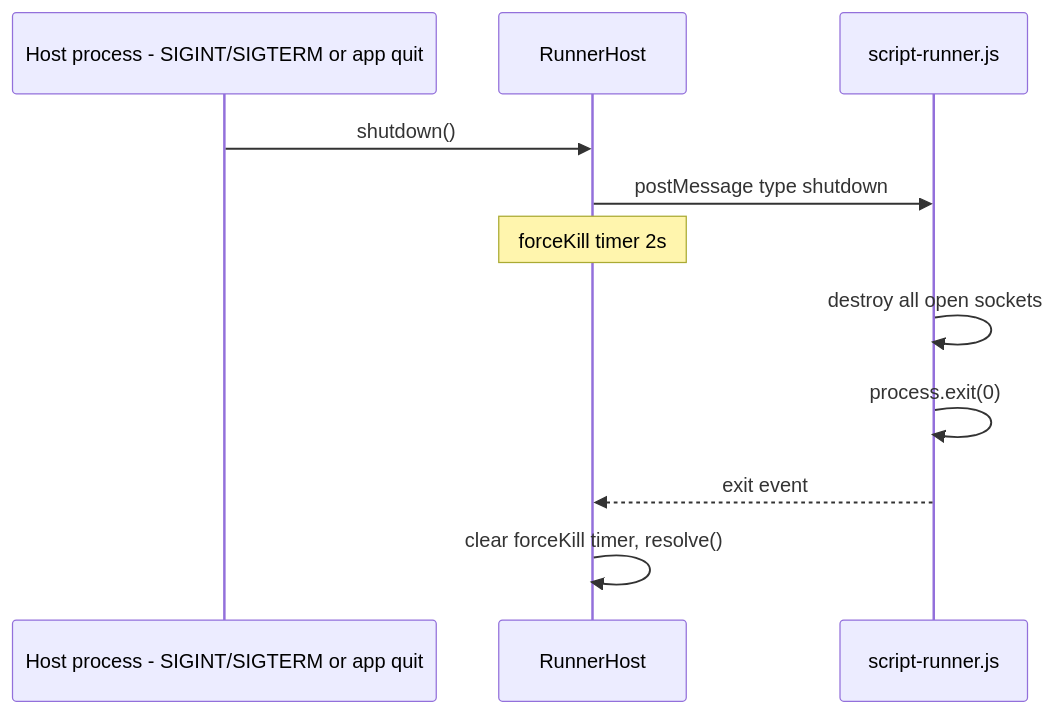
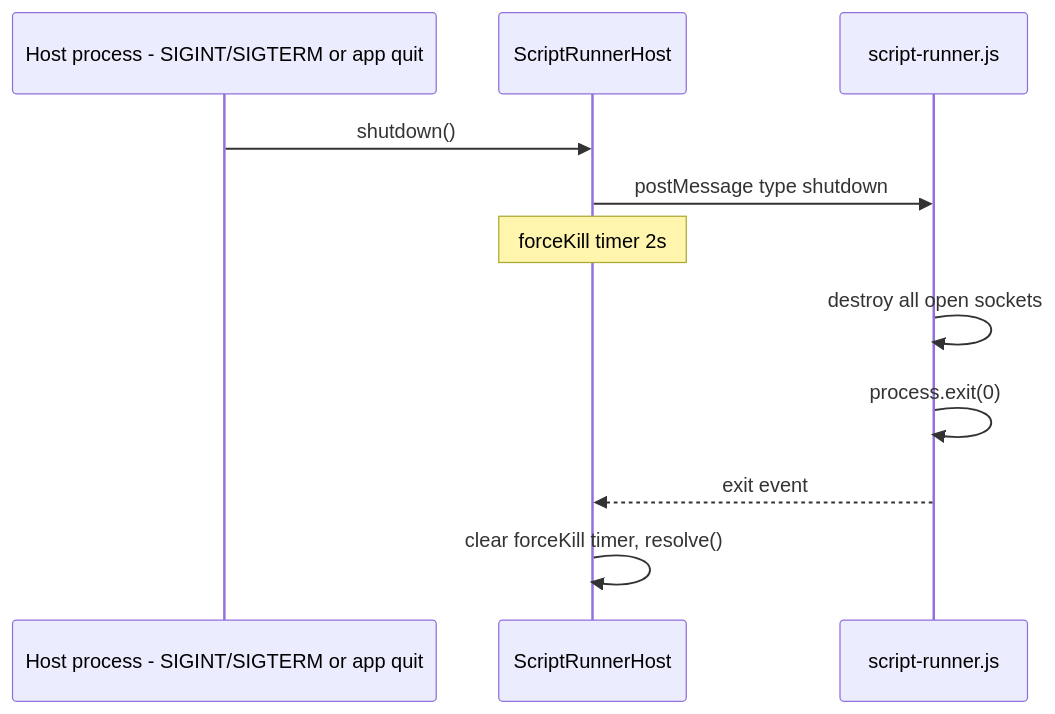
Before and after one commit to acchi17/ScriptFlow: the second of 2 diagrams in doc/structure/script-runner-ipc-workflow.md, drawn with Mermaid. The commit also changed other lines of this file and 7 other files, not shown here.

First line of the commit message:
refactor: Rename RunnerHost class to ScriptRunnerHost

````diff
--- a/doc/structure/script-runner-ipc-workflow.md
+++ b/doc/structure/script-runner-ipc-workflow.md
@@ -163,14 +163,14 @@
 ```mermaid
 sequenceDiagram
     participant Host as Host process - SIGINT/SIGTERM or app quit
-    participant RH as RunnerHost
+    participant RH as ScriptRunnerHost
     participant Child as script-runner.js
 
     Host->>RH: shutdown()
     RH->>Child: postMessage type shutdown
     Note over RH: forceKill timer 2s
     Child->>Child: destroy all open sockets
     Child->>Child: process.exit(0)
     Child-->>RH: exit event
     RH->>RH: clear forceKill timer, resolve()
 ```
````
